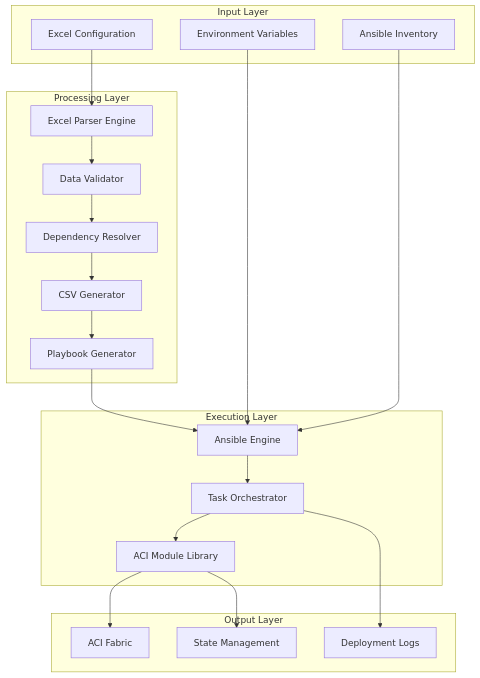
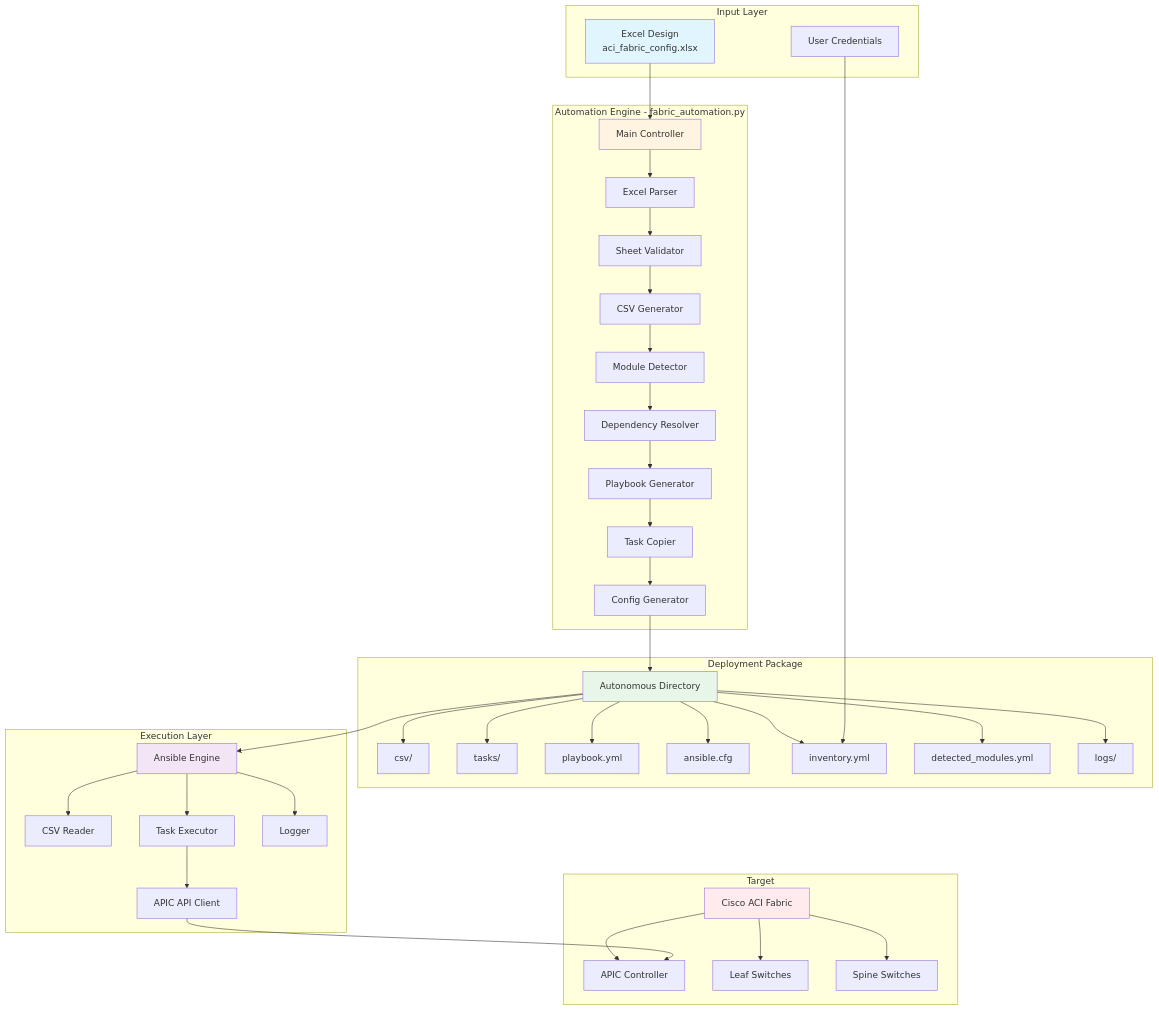
Before and after one commit to JFGrenier07/aci-fabric-automation: the first of 3 diagrams in ARCHITECTURE.md, drawn with Mermaid. The commit also changed other lines of this file and 9 other files, not shown here.

First line of the commit message:
feat: Major documentation overhaul and automation engine upgrade

````diff
--- a/ARCHITECTURE.md
+++ b/ARCHITECTURE.md
@@ -9,42 +30,83 @@
 ```mermaid
 graph TB
     subgraph "Input Layer"
-        A[Excel Configuration]
-        B[Environment Variables]
-        C[Ansible Inventory]
+        A[Excel Design<br/>aci_fabric_config.xlsx]
+        B[User Credentials]
     end
 
-    subgraph "Processing Layer"
-        D[Excel Parser Engine]
-        E[Data Validator]
-        F[Dependency Resolver]
-        G[CSV Generator]
-        H[Playbook Generator]
+    subgraph "Automation Engine - fabric_automation.py"
+        C[Main Controller]
+        C1[Excel Parser]
+        C2[Sheet Validator]
+        C3[CSV Generator]
+        C4[Module Detector]
+        C5[Dependency Resolver]
+        C6[Playbook Generator]
+        C7[Task Copier]
+        C8[Config Generator]
+
+        C --> C1
+        C1 --> C2
+        C2 --> C3
+        C3 --> C4
+        C4 --> C5
+        C5 --> C6
+        C6 --> C7
+        C7 --> C8
+    end
+
+    subgraph "Deployment Package"
+        D[Autonomous Directory]
+        D1[csv/]
+        D2[tasks/]
+        D3[playbook.yml]
+        D4[ansible.cfg]
+        D5[inventory.yml]
+        D6[detected_modules.yml]
+        D7[logs/]
+
+        D --> D1
+        D --> D2
+        D --> D3
+        D --> D4
+        D --> D5
+        D --> D6
+        D --> D7
     end
 
     subgraph "Execution Layer"
-        I[Ansible Engine]
-        J[Task Orchestrator]
-        K[ACI Module Library]
+        E[Ansible Engine]
+        E1[CSV Reader]
+        E2[Task Executor]
+        E3[APIC API Client]
+        E4[Logger]
+
+        E --> E1
+        E --> E2
+        E2 --> E3
+        E --> E4
     end
 
-    subgraph "Output Layer"
-        L[ACI Fabric]
-        M[Deployment Logs]
-        N[State Management]
+    subgraph "Target"
+        F[Cisco ACI Fabric]
+        F1[APIC Controller]
+        F2[Leaf Switches]
+        F3[Spine Switches]
+
+        F --> F1
+        F --> F2
+        F --> F3
     end
 
-    A --> D
-    B --> I
-    C --> I
+    A --> C
+    B --> D5
+    C8 --> D
     D --> E
-    E --> F
-    F --> G
-    G --> H
-    H --> I
-    I --> J
-    J --> K
-    K --> L
-    J --> M
-    K --> N
+    E3 --> F1
+
+    style A fill:#e1f5ff
+    style C fill:#fff4e1
+    style D fill:#e8f5e9
+    style E fill:#f3e5f5
+    style F fill:#ffebee
 ```
````
